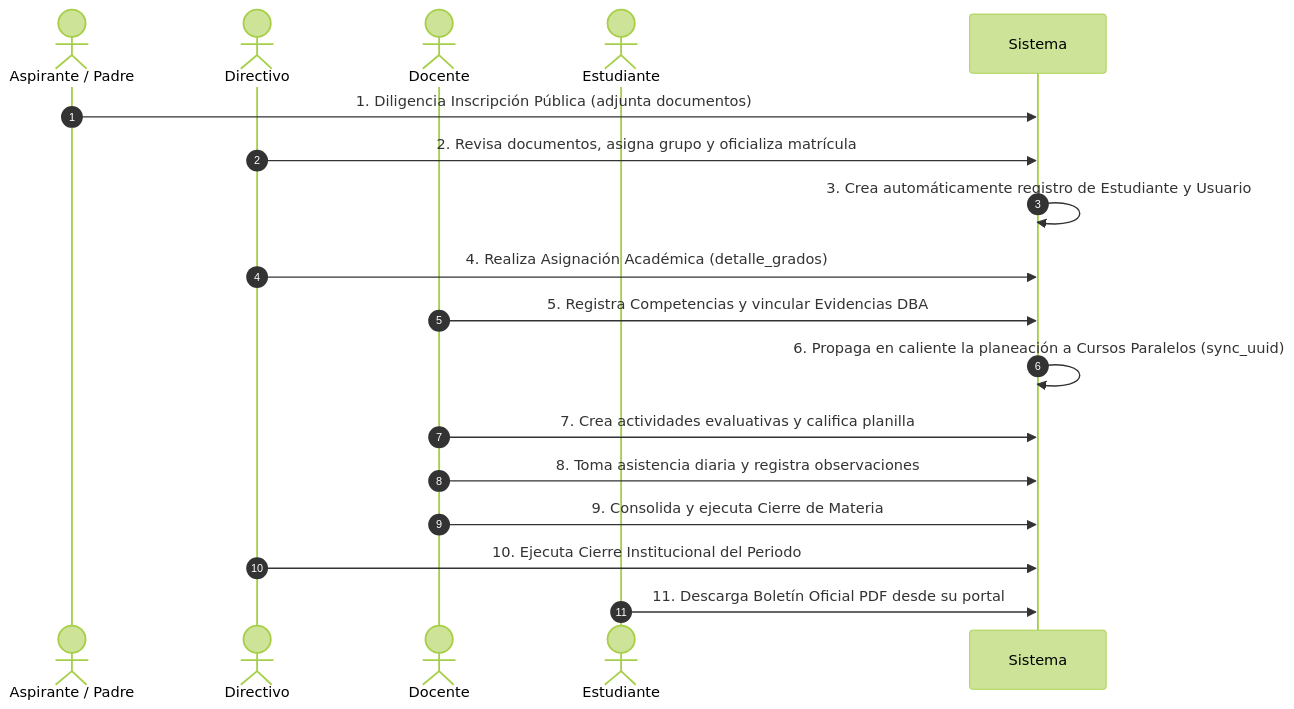
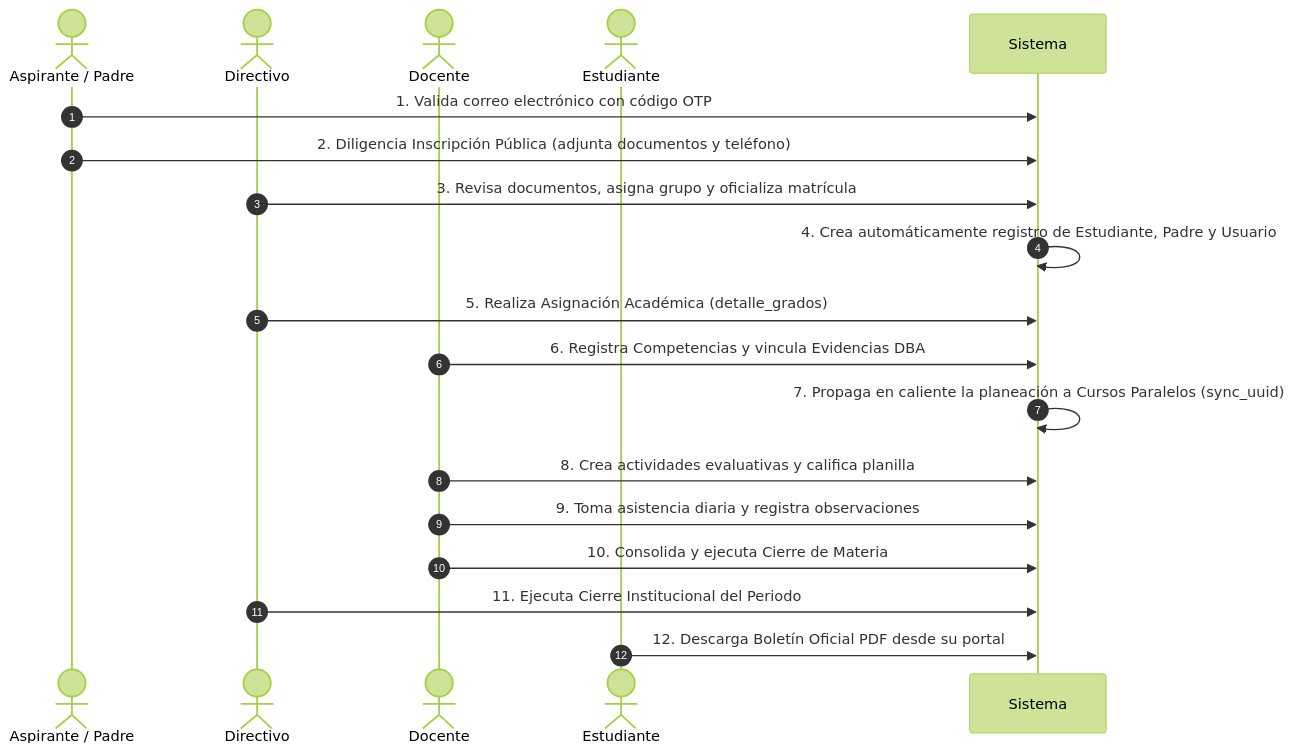
One commit to DanExl24/AcademiaNeiva changed the first of 3 diagrams in guides/AcademiaNeiva_Documento_Funcional.md. Above: the diagram before and after it, drawn with Mermaid (forest theme). The commit also changed other lines of this file, not shown here.

Commit message:
docs: actualizar Documento Funcional a v2.5.0 con los 21 modulos, flujos OTP y seguimiento directivo

````diff
--- a/guides/AcademiaNeiva_Documento_Funcional.md
+++ b/guides/AcademiaNeiva_Documento_Funcional.md
@@ -286,24 +317,25 @@
 ```mermaid
 sequenceDiagram
     autonumber
     actor Aspirante as Aspirante / Padre
     actor Directivo
     actor Docente
     actor Estudiante
     participant Sistema
     
-    Aspirante->>Sistema: 1. Diligencia Inscripción Pública (adjunta documentos)
-    Directivo->>Sistema: 2. Revisa documentos, asigna grupo y oficializa matrícula
-    Sistema->>Sistema: 3. Crea automáticamente registro de Estudiante y Usuario
+    Aspirante->>Sistema: 1. Valida correo electrónico con código OTP
+    Aspirante->>Sistema: 2. Diligencia Inscripción Pública (adjunta documentos y teléfono)
+    Directivo->>Sistema: 3. Revisa documentos, asigna grupo y oficializa matrícula
+    Sistema->>Sistema: 4. Crea automáticamente registro de Estudiante, Padre y Usuario
     
-    Directivo->>Sistema: 4. Realiza Asignación Académica (detalle_grados)
-    Docente->>Sistema: 5. Registra Competencias y vincular Evidencias DBA
-    Sistema->>Sistema: 6. Propaga en caliente la planeación a Cursos Paralelos (sync_uuid)
+    Directivo->>Sistema: 5. Realiza Asignación Académica (detalle_grados)
+    Docente->>Sistema: 6. Registra Competencias y vincula Evidencias DBA
+    Sistema->>Sistema: 7. Propaga en caliente la planeación a Cursos Paralelos (sync_uuid)
     
-    Docente->>Sistema: 7. Crea actividades evaluativas y califica planilla
-    Docente->>Sistema: 8. Toma asistencia diaria y registra observaciones
+    Docente->>Sistema: 8. Crea actividades evaluativas y califica planilla
+    Docente->>Sistema: 9. Toma asistencia diaria y registra observaciones
     
-    Docente->>Sistema: 9. Consolida y ejecuta Cierre de Materia
-    Directivo->>Sistema: 10. Ejecuta Cierre Institucional del Periodo
-    Estudiante->>Sistema: 11. Descarga Boletín Oficial PDF desde su portal
+    Docente->>Sistema: 10. Consolida y ejecuta Cierre de Materia
+    Directivo->>Sistema: 11. Ejecuta Cierre Institucional del Periodo
+    Estudiante->>Sistema: 12. Descarga Boletín Oficial PDF desde su portal
 ```
````
